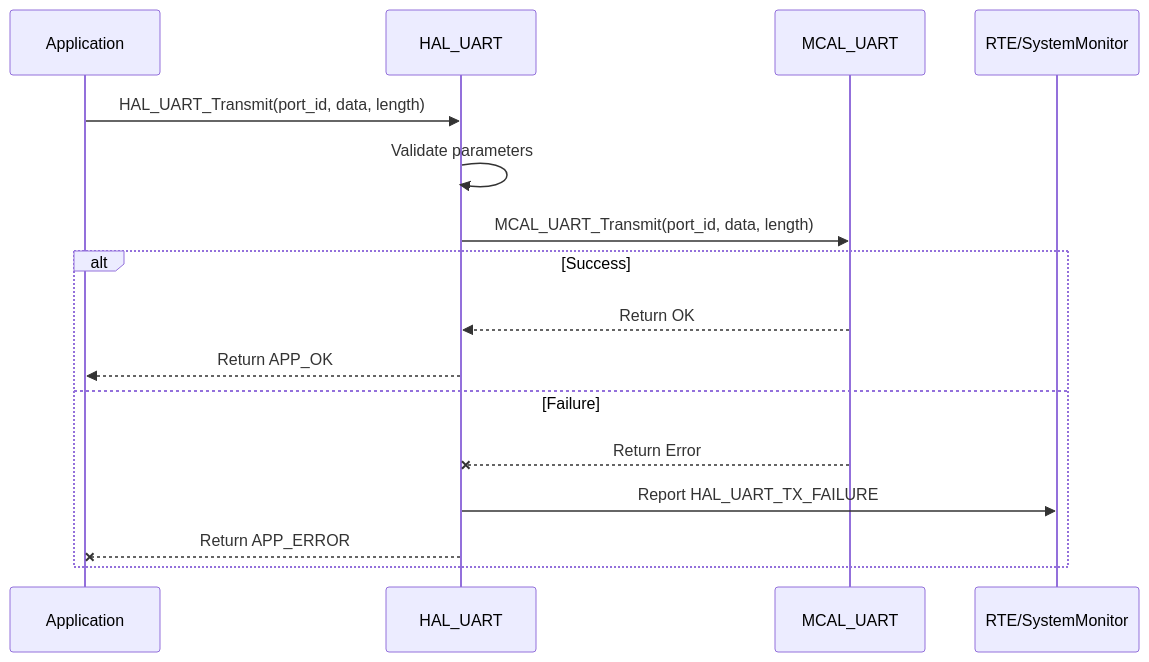
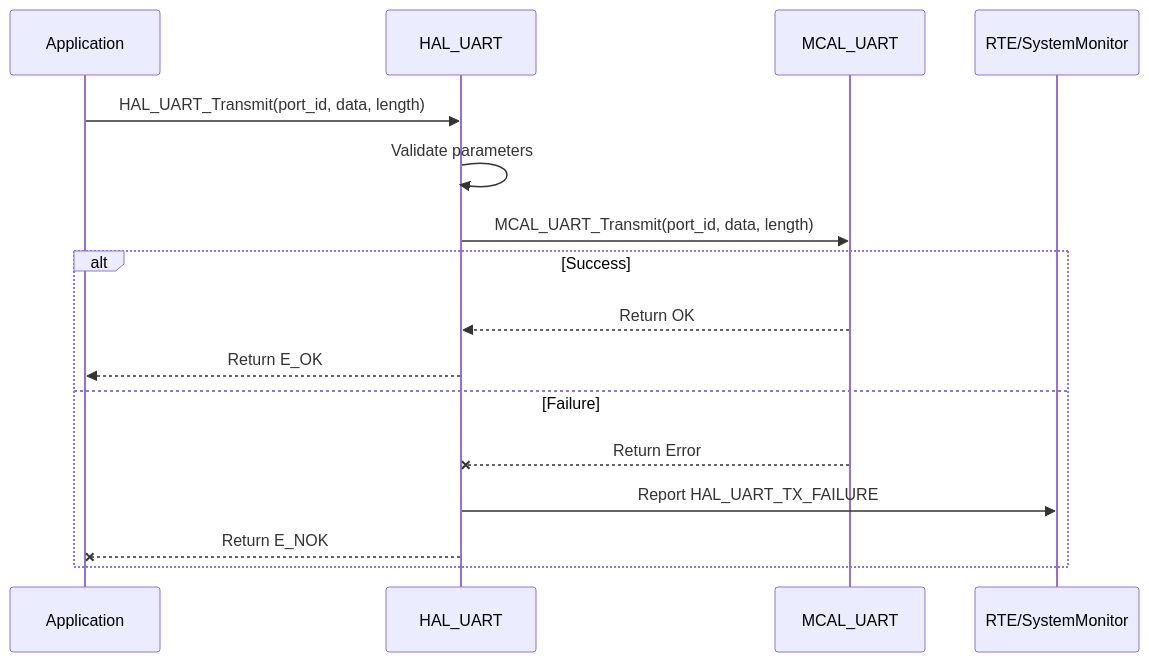
The diagram in Requiremets/Design/HAL/HAL_UART.md (ashaker-2/Platform), drawn with Mermaid before and after one commit. The commit also changed other lines of this file and 716 other files, not shown here.

````diff
--- a/Requiremets/Design/HAL/HAL_UART.md
+++ b/Requiremets/Design/HAL/HAL_UART.md
@@ -216,19 +216,19 @@
 ```mermaid
 sequenceDiagram
     participant App as Application
     participant HAL_UART as HAL_UART
     participant MCAL_UART as MCAL_UART
     participant SystemMonitor as RTE/SystemMonitor
 
     App->>HAL_UART: HAL_UART_Transmit(port_id, data, length)
     HAL_UART->>HAL_UART: Validate parameters
     HAL_UART->>MCAL_UART: MCAL_UART_Transmit(port_id, data, length)
     alt Success
         MCAL_UART-->>HAL_UART: Return OK
-        HAL_UART-->>App: Return APP_OK
+        HAL_UART-->>App: Return E_OK
     else Failure
         MCAL_UART--xHAL_UART: Return Error
         HAL_UART->>SystemMonitor: Report HAL_UART_TX_FAILURE
-        HAL_UART--xApp: Return APP_ERROR
+        HAL_UART--xApp: Return E_NOK
     end
 ```
````
